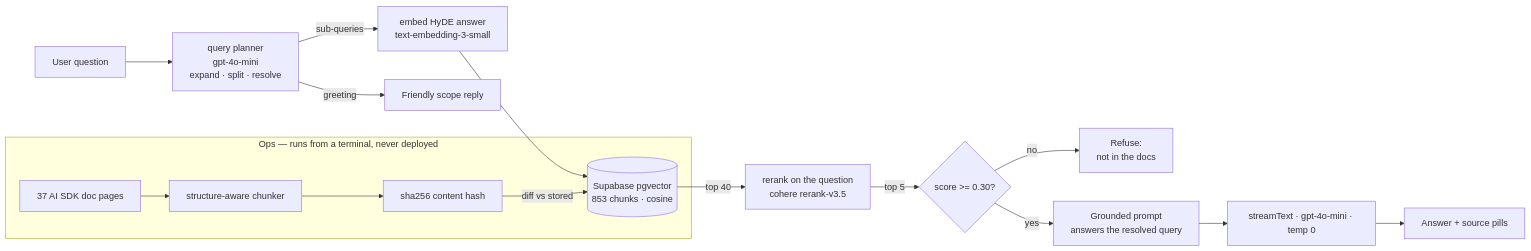
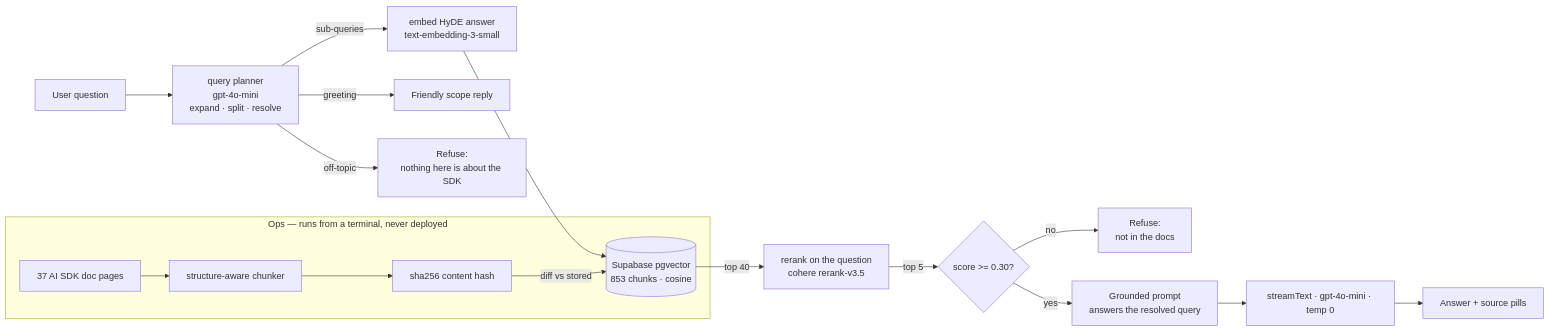
The diagram in README.md (Alla-N/docs-copilot), drawn with Mermaid before and after one commit. The commit also changed other lines of this file and 20 other files, not shown here.

````diff
--- a/README.md
+++ b/README.md
@@ -36,19 +58,20 @@
 ```mermaid
 flowchart LR
     Q[User question] --> P[query planner<br/>gpt-4o-mini<br/>expand · split · resolve]
     P -->|greeting| GR[Friendly scope reply]
+    P -->|off-topic| OT[Refuse:<br/>nothing here is about the SDK]
     P -->|sub-queries| E[embed HyDE answer<br/>text-embedding-3-small]
     E --> V[(Supabase pgvector<br/>853 chunks · cosine)]
     V -->|top 40| R[rerank on the question<br/>cohere rerank-v3.5]
     R -->|top 5| T{score >= 0.30?}
     T -->|no| REF[Refuse:<br/>not in the docs]
     T -->|yes| S[Grounded prompt<br/>answers the resolved query]
     S --> G[streamText · gpt-4o-mini · temp 0]
     G --> UI[Answer + source pills]
 
     subgraph offline [Ops — runs from a terminal, never deployed]
         D[37 AI SDK doc pages] --> C[structure-aware chunker]
         C --> H[sha256 content hash]
         H -->|diff vs stored| V
     end
 ```
````
